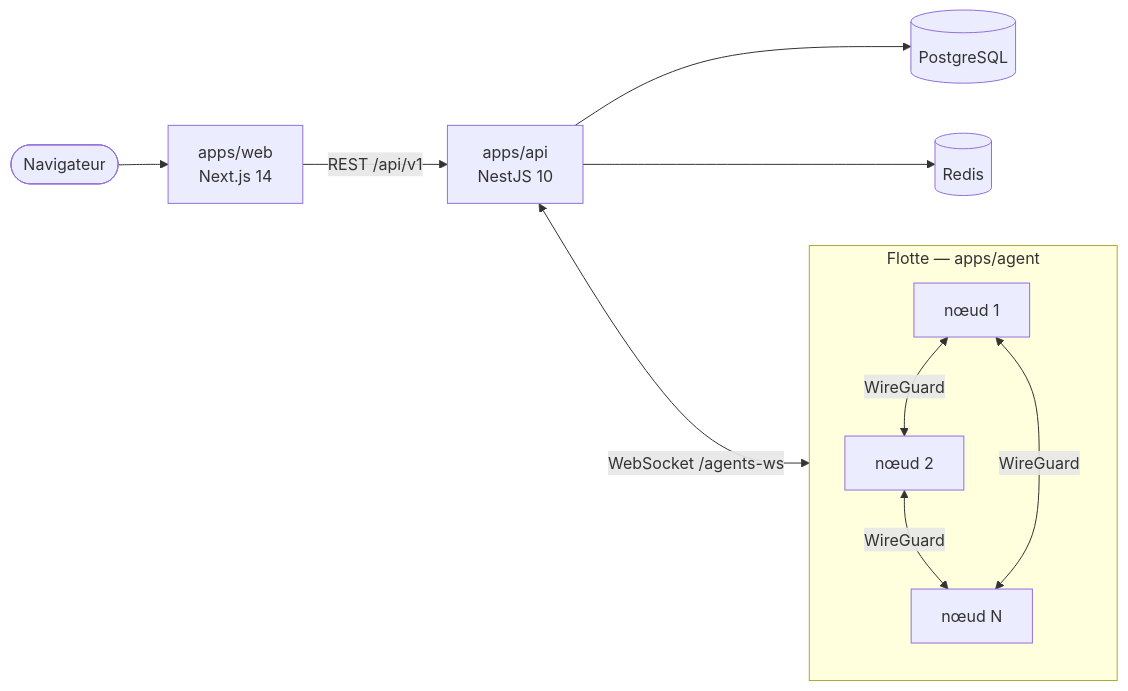
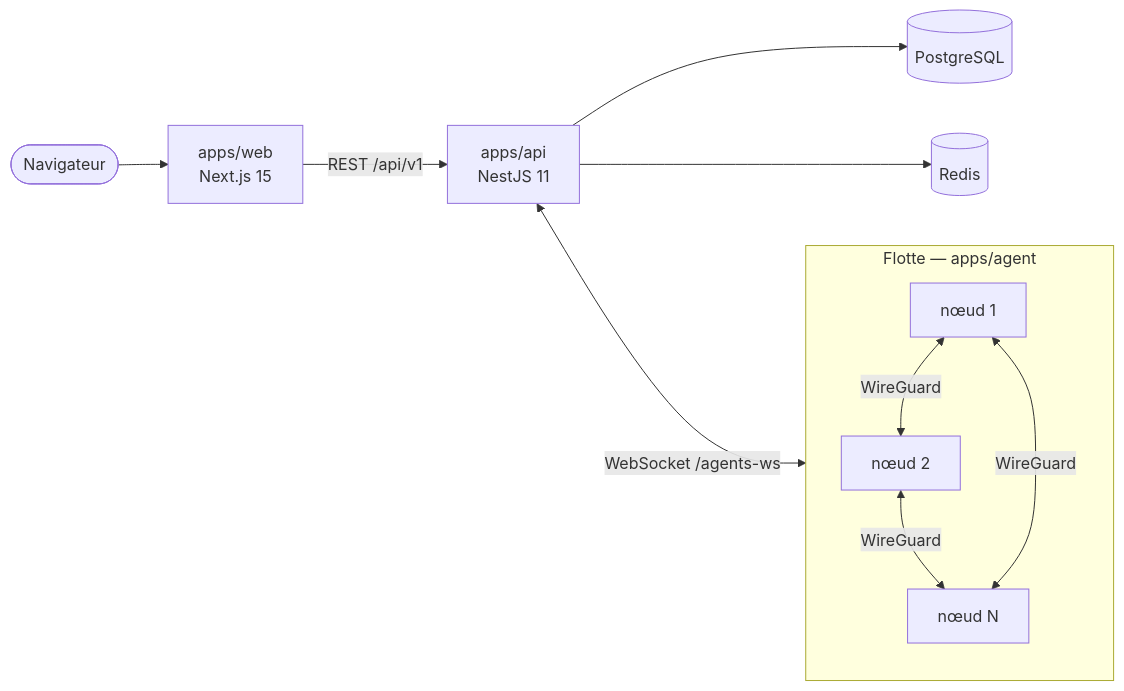
The diagram in README.md (enzogh/Tarmac), drawn with Mermaid before and after one commit. The commit also changed other lines of this file, not shown here.

````diff
--- a/README.md
+++ b/README.md
@@ -110,15 +121,15 @@
 ```mermaid
 flowchart LR
-    U(["Navigateur"]) --> W["apps/web<br/>Next.js 14"]
-    W -- "REST /api/v1" --> A["apps/api<br/>NestJS 10"]
+    U(["Navigateur"]) --> W["apps/web<br/>Next.js 15"]
+    W -- "REST /api/v1" --> A["apps/api<br/>NestJS 11"]
     A --> DB[("PostgreSQL")]
     A --> RD[("Redis")]
     A <-- "WebSocket /agents-ws" --> F
 
     subgraph F["Flotte &mdash; apps/agent"]
         direction TB
         N1["nœud 1"] <-- WireGuard --> N2["nœud 2"]
         N2 <-- WireGuard --> N3["nœud N"]
         N1 <-- WireGuard --> N3
     end
 ```
````
